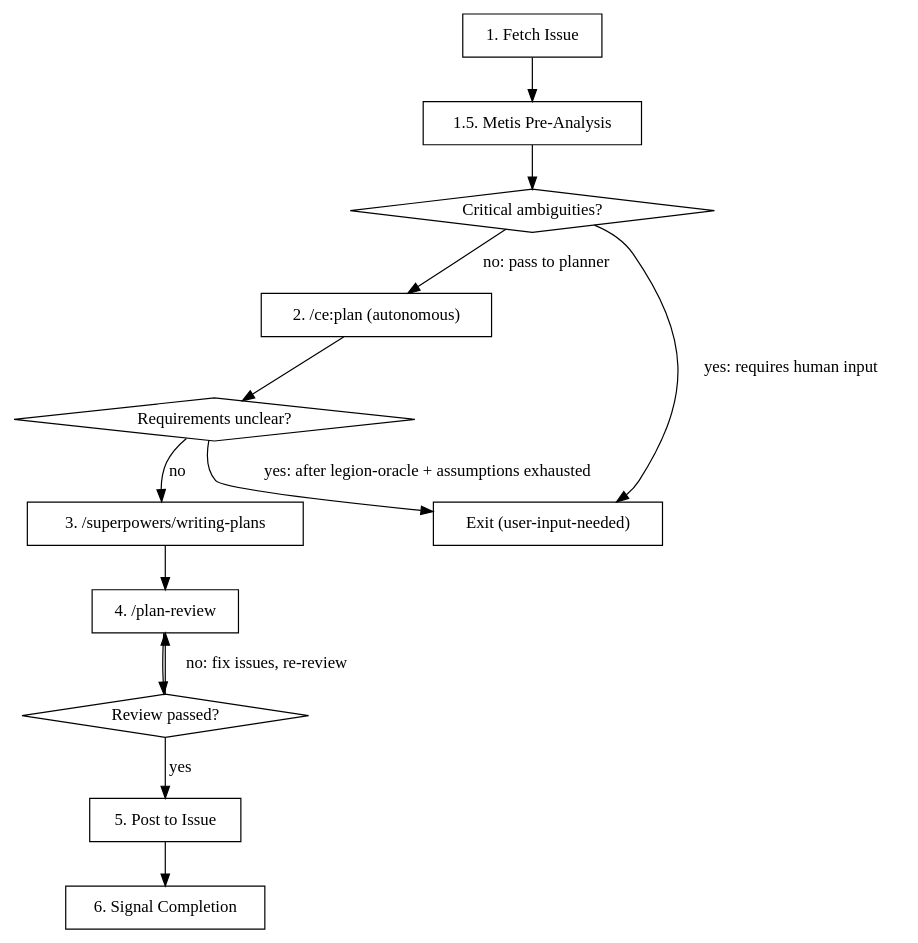
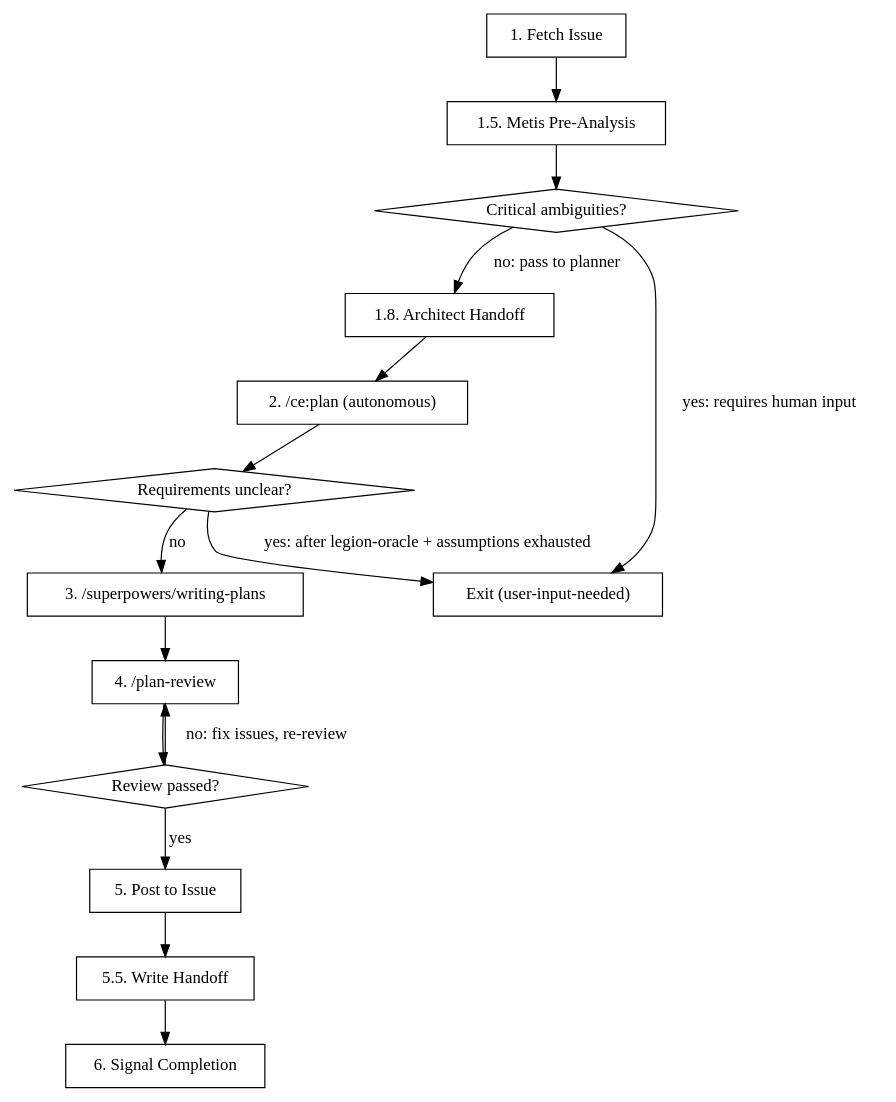
Before and after one commit to sjawhar/legion: the diagram in .opencode/skills/legion-worker/workflows/plan.md, drawn with Graphviz. The commit also changed other lines of this file, not shown here.

Commit message:
feat(skills): add handoff read/write steps to plan workflow

````diff
--- a/.opencode/skills/legion-worker/workflows/plan.md
+++ b/.opencode/skills/legion-worker/workflows/plan.md
@@ -7,31 +7,35 @@
 ```dot
 digraph plan_workflow {
     rankdir=TB;
     node [shape=box];
 
     fetch [label="1. Fetch Issue"];
     metis [label="1.5. Metis Pre-Analysis"];
     critical [label="Critical ambiguities?" shape=diamond];
+    handoff_read [label="1.8. Architect Handoff"];
     research_plan [label="2. /ce:plan (autonomous)"];
     unclear [label="Requirements unclear?" shape=diamond];
     executable [label="3. /superpowers/writing-plans"];
     review [label="4. /plan-review"];
     passed [label="Review passed?" shape=diamond];
     post [label="5. Post to Issue"];
+    handoff_write [label="5.5. Write Handoff"];
     complete [label="6. Signal Completion"];
     exit_unclear [label="Exit (user-input-needed)"];
 
     fetch -> metis;
     metis -> critical;
     critical -> exit_unclear [label="yes: requires human input"];
-    critical -> research_plan [label="no: pass to planner"];
+    critical -> handoff_read [label="no: pass to planner"];
+    handoff_read -> research_plan;
     research_plan -> unclear;
     unclear -> exit_unclear [label="yes: after legion-oracle + assumptions exhausted"];
     unclear -> executable [label="no"];
     executable -> review;
     review -> passed;
     passed -> review [label="no: fix issues, re-review"];
     passed -> post [label="yes"];
-    post -> complete;
+    post -> handoff_write;
+    handoff_write -> complete;
 }
 ```
````
